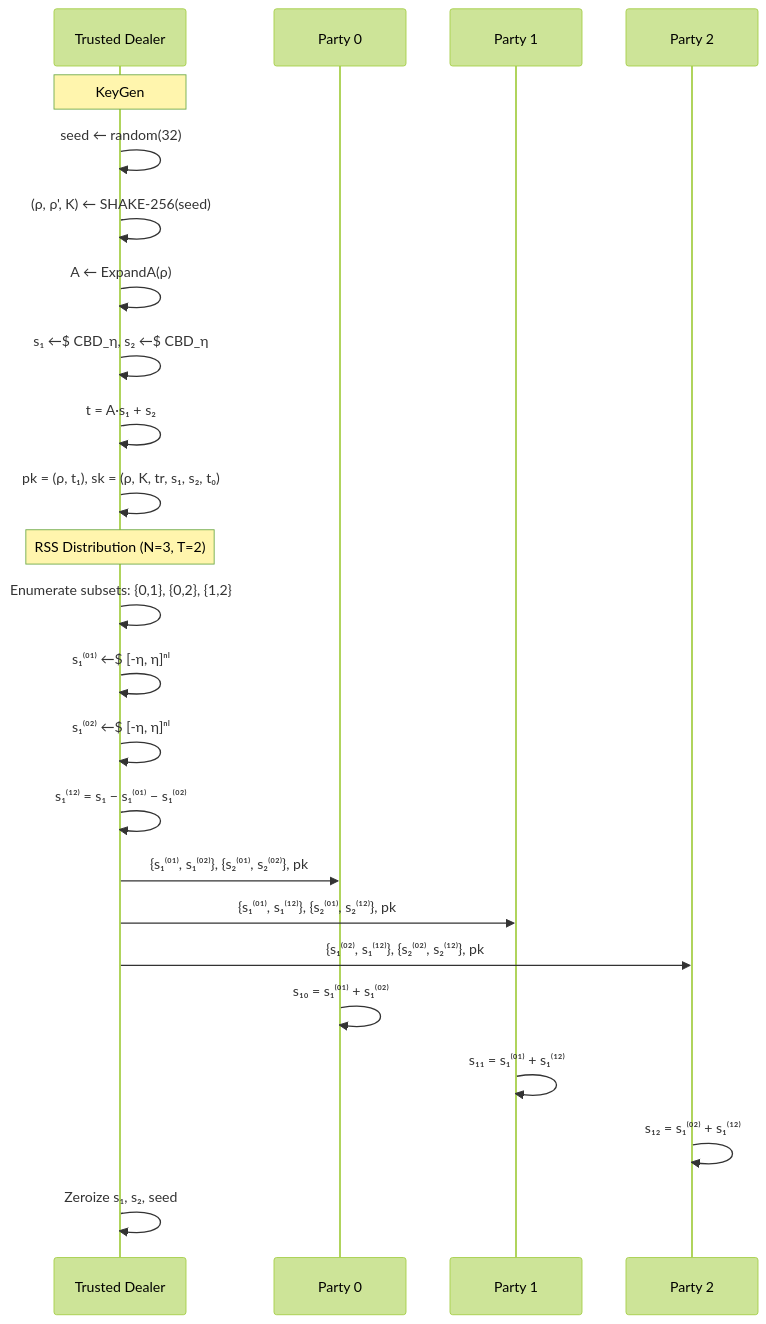
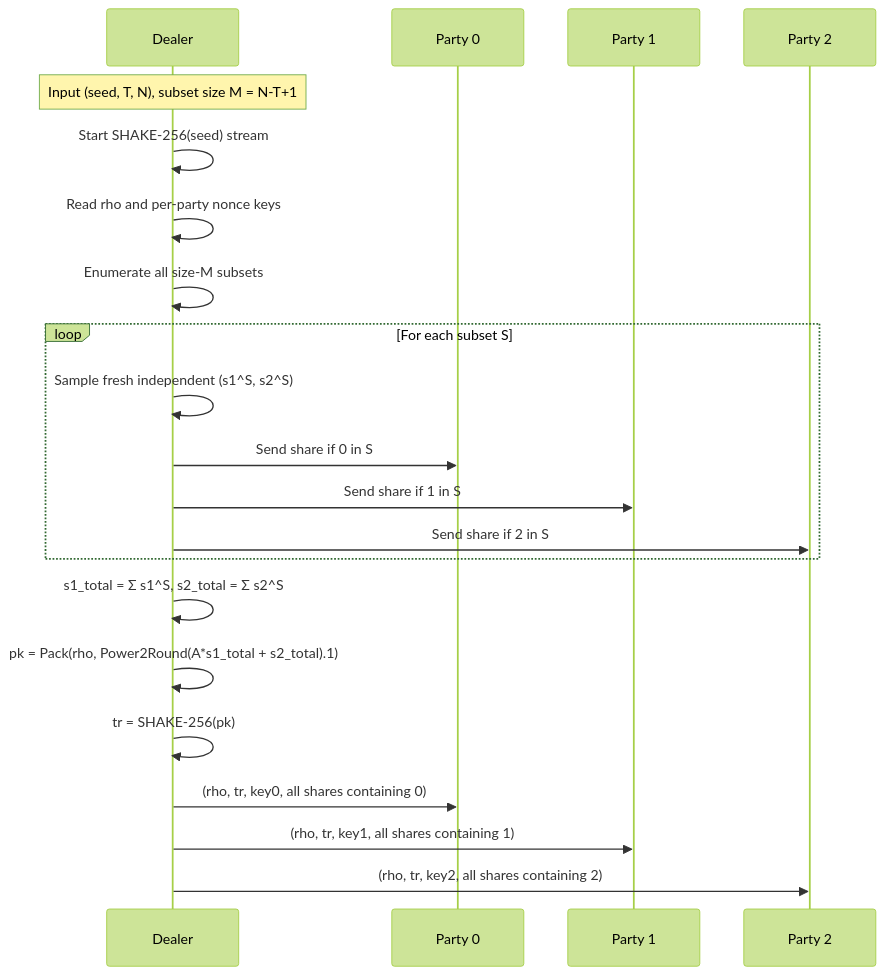
Before and after one commit to lattice-safe/threshold-ml-dsa: the third of 8 diagrams in PROTOCOL.md, drawn with Mermaid (forest theme). The commit also changed other lines of this file and 2 other files, not shown here.

Commit message:
docs: align README/SDK/PROTOCOL with v0.3 signing flow

````diff
--- a/PROTOCOL.md
+++ b/PROTOCOL.md
@@ -561,31 +577,24 @@
 ```mermaid
 sequenceDiagram
-    participant D as Trusted Dealer
+    participant D as Dealer
     participant P0 as Party 0
     participant P1 as Party 1
     participant P2 as Party 2
 
-    Note over D: KeyGen
-    D->>D: seed ← random(32)
-    D->>D: (ρ, ρ', K) ← SHAKE-256(seed)
-    D->>D: A ← ExpandA(ρ)
-    D->>D: s₁ ←$ CBD_η, s₂ ←$ CBD_η
-    D->>D: t = A·s₁ + s₂
-    D->>D: pk = (ρ, t₁), sk = (ρ, K, tr, s₁, s₂, t₀)
-
-    Note over D: RSS Distribution (N=3, T=2)
-    D->>D: Enumerate subsets: {0,1}, {0,2}, {1,2}
-    D->>D: s₁⁽⁰¹⁾ ←$ [-η, η]ⁿˡ
-    D->>D: s₁⁽⁰²⁾ ←$ [-η, η]ⁿˡ
-    D->>D: s₁⁽¹²⁾ = s₁ − s₁⁽⁰¹⁾ − s₁⁽⁰²⁾
-
-    D->>P0: {s₁⁽⁰¹⁾, s₁⁽⁰²⁾}, {s₂⁽⁰¹⁾, s₂⁽⁰²⁾}, pk
-    D->>P1: {s₁⁽⁰¹⁾, s₁⁽¹²⁾}, {s₂⁽⁰¹⁾, s₂⁽¹²⁾}, pk
-    D->>P2: {s₁⁽⁰²⁾, s₁⁽¹²⁾}, {s₂⁽⁰²⁾, s₂⁽¹²⁾}, pk
-
-    P0->>P0: s₁₀ = s₁⁽⁰¹⁾ + s₁⁽⁰²⁾
-    P1->>P1: s₁₁ = s₁⁽⁰¹⁾ + s₁⁽¹²⁾
-    P2->>P2: s₁₂ = s₁⁽⁰²⁾ + s₁⁽¹²⁾
-
-    D->>D: Zeroize s₁, s₂, seed
+    Note over D: Input (seed, T, N), subset size M = N-T+1
+    D->>D: Start SHAKE-256(seed) stream
+    D->>D: Read rho and per-party nonce keys
+    D->>D: Enumerate all size-M subsets
+    loop For each subset S
+        D->>D: Sample fresh independent (s1^S, s2^S)
+        D->>P0: Send share if 0 in S
+        D->>P1: Send share if 1 in S
+        D->>P2: Send share if 2 in S
+    end
+    D->>D: s1_total = Σ s1^S, s2_total = Σ s2^S
+    D->>D: pk = Pack(rho, Power2Round(A*s1_total + s2_total).1)
+    D->>D: tr = SHAKE-256(pk)
+    D->>P0: (rho, tr, key0, all shares containing 0)
+    D->>P1: (rho, tr, key1, all shares containing 1)
+    D->>P2: (rho, tr, key2, all shares containing 2)
 ```
````
